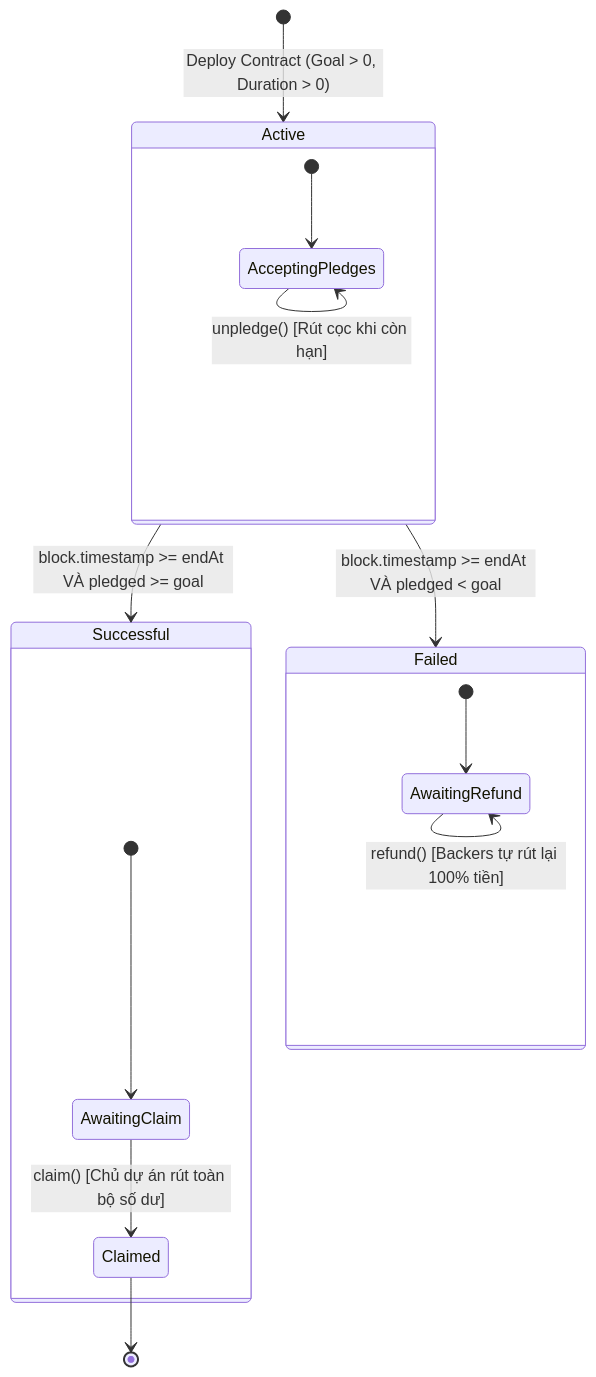
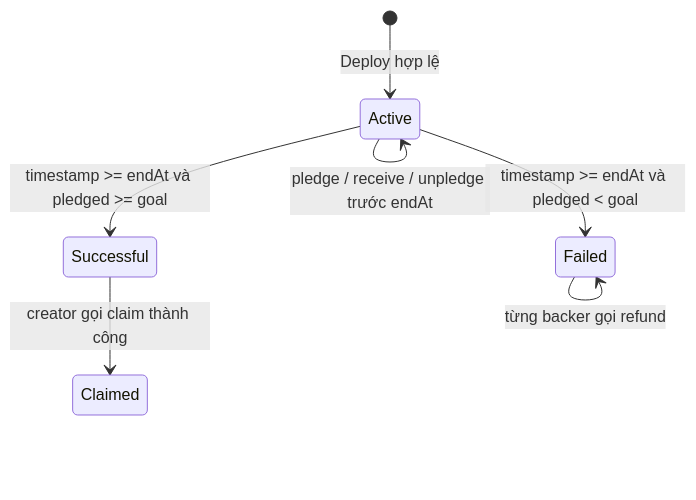
The diagram in docs/report/03_trien_khai_va_thuc_nghiem.md (tungcorn/btl-blockchain), drawn with Mermaid before and after one commit. The commit also changed other lines of this file and 15 other files, not shown here.

````diff
--- a/docs/report/03_trien_khai_va_thuc_nghiem.md
+++ b/docs/report/03_trien_khai_va_thuc_nghiem.md
@@ -10,25 +10,9 @@
 ```mermaid
 stateDiagram-v2
-    [*] --> Active: Deploy Contract (Goal > 0, Duration > 0)
-    
-    state Active {
-        [*] --> AcceptingPledges
-        AcceptingPledges --> AcceptingPledges: pledge() [ETH nạp vào quỹ]
-        AcceptingPledges --> AcceptingPledges: unpledge() [Rút cọc khi còn hạn]
-    }
-
-    Active --> Successful: block.timestamp >= endAt VÀ pledged >= goal
-    Active --> Failed: block.timestamp >= endAt VÀ pledged < goal
-
-    state Successful {
-        [*] --> AwaitingClaim
-        AwaitingClaim --> Claimed: claim() [Chủ dự án rút toàn bộ số dư]
-    }
-
-    state Failed {
-        [*] --> AwaitingRefund
-        AwaitingRefund --> AwaitingRefund: refund() [Backers tự rút lại 100% tiền]
-    }
-
-    Claimed --> [*]
+    [*] --> Active: Deploy hợp lệ
+    Active --> Active: pledge / receive / unpledge trước endAt
+    Active --> Successful: timestamp >= endAt và pledged >= goal
+    Active --> Failed: timestamp >= endAt và pledged < goal
+    Successful --> Claimed: creator gọi claim thành công
+    Failed --> Failed: từng backer gọi refund
 ```
````
